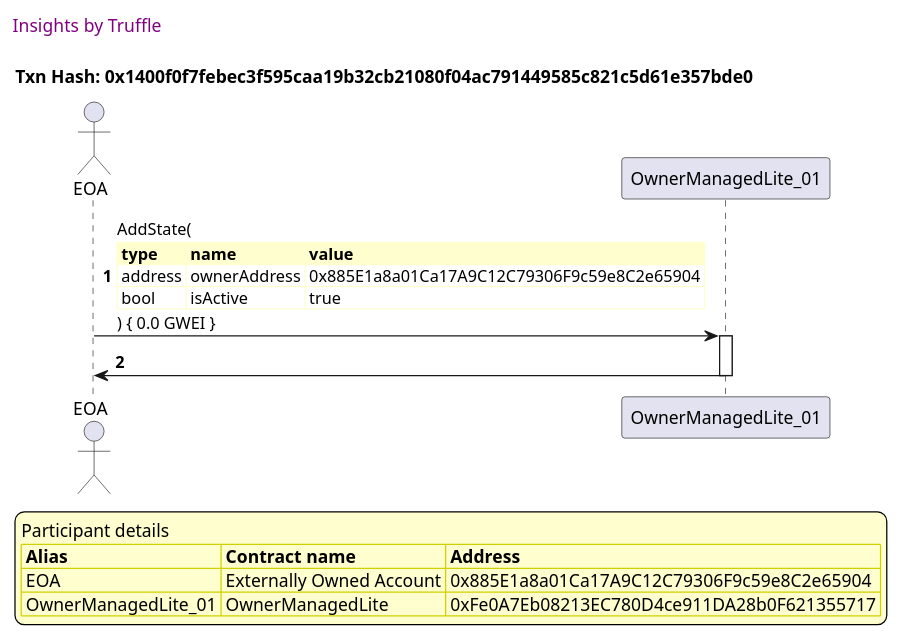
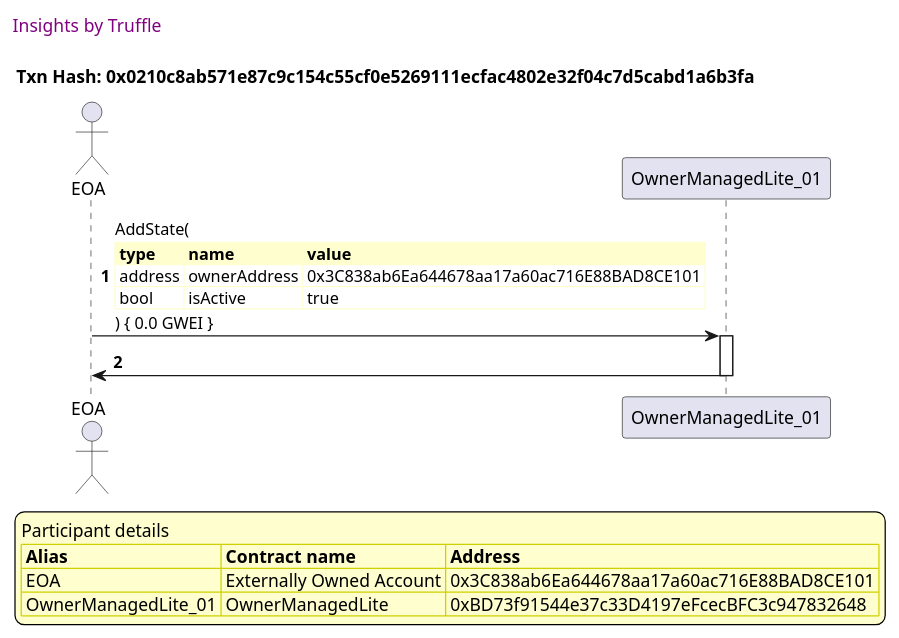
One commit to thedarkjester/ConsensysAssignment changed diagram 14 of 49 in truffle-seq/OwnerManagedLite_test_remove_owner.md. Above: the diagram before and after it, drawn with PlantUML. The commit also changed other lines of this file and 13 other files, not shown here.

````diff
--- a/truffle-seq/OwnerManagedLite_test_remove_owner.md
+++ b/truffle-seq/OwnerManagedLite_test_remove_owner.md
@@ -630,41 +630,41 @@
 ```plantuml
 
 
 @startuml
 
 autonumber
 skinparam legendBackgroundColor #FEFECE
 
 <style>
       header {
         HorizontalAlignment left
         FontColor purple
         FontSize 14
         Padding 10
       }
     </style>
 
 header Insights by Truffle
 
-title Txn Hash: 0x1400f0f7febec3f595caa19b32cb21080f04ac791449585c821c5d61e357bde0
+title Txn Hash: 0x0210c8ab571e87c9c154c55cf0e5269111ecfac4802e32f04c7d5cabd1a6b3fa
 
 
 actor EOA as "EOA"
 participant OwnerManagedLite_01 as "OwnerManagedLite_01"
 
 "EOA" -> "OwnerManagedLite_01" ++: AddState(\n\
 <#FEFECE,#FEFECE>|= type |= name |= value |\n\
-| address | ownerAddress | 0x885E1a8a01Ca17A9C12C79306F9c59e8C2e65904 |\n\
+| address | ownerAddress | 0x3C838ab6Ea644678aa17a60ac716E88BAD8CE101 |\n\
 | bool | isActive | true |\n\
 ) { 0.0 GWEI }
 "OwnerManagedLite_01" -> "EOA" --: 
 
 legend
 Participant details
 <#FEFECE,#D0D000>|= Alias |= Contract name |= Address |
-<#FEFECE>| EOA | Externally Owned Account | 0x885E1a8a01Ca17A9C12C79306F9c59e8C2e65904 |
-<#FEFECE>| OwnerManagedLite_01 | OwnerManagedLite | 0xFe0A7Eb08213EC780D4ce911DA28b0F621355717 |
+<#FEFECE>| EOA | Externally Owned Account | 0x3C838ab6Ea644678aa17a60ac716E88BAD8CE101 |
+<#FEFECE>| OwnerManagedLite_01 | OwnerManagedLite | 0xBD73f91544e37c33D4197eFcecBFC3c947832648 |
 endlegend
 
 @enduml
 ```
````
